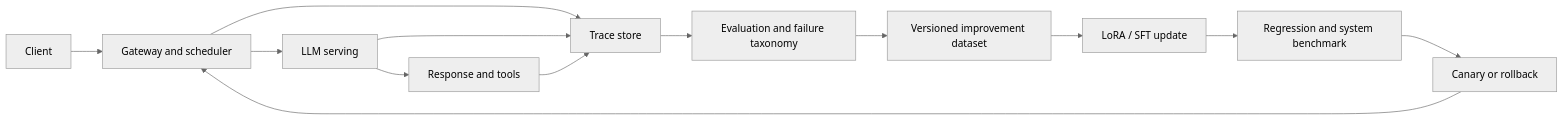
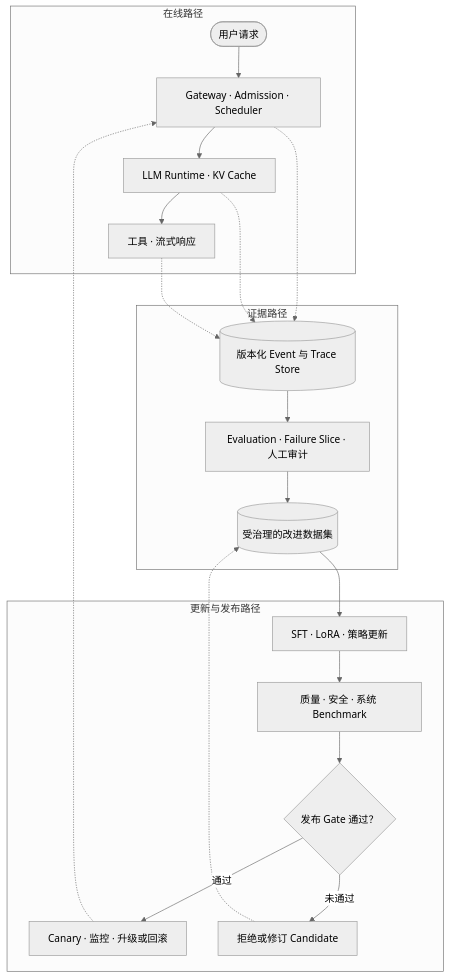
Before and after one commit to tianyi-zhang-02/cooking-agi: the diagram in ai-infra/modules/08-capstone.md, drawn with Mermaid (neutral theme). The commit also changed 18 other files, not shown here.

Commit message:
redesign the guide diagrams

````diff
--- a/ai-infra/modules/08-capstone.md
+++ b/ai-infra/modules/08-capstone.md
@@ -15,15 +15,29 @@
 ```mermaid
-flowchart LR
-    A[Client] --> B[Gateway and scheduler]
-    B --> C[LLM serving]
-    C --> D[Response and tools]
-    B --> E[Trace store]
-    C --> E
-    D --> E
-    E --> F[Evaluation and failure taxonomy]
-    F --> G[Versioned improvement dataset]
-    G --> H[LoRA / SFT update]
-    H --> I[Regression and system benchmark]
-    I --> J[Canary or rollback]
-    J --> B
+flowchart TB
+    subgraph O["在线路径"]
+        A(["用户请求"]) --> B["Gateway · Admission · Scheduler"]
+        B --> C["LLM Runtime · KV Cache"]
+        C --> D["工具 · 流式响应"]
+    end
+
+    subgraph V["证据路径"]
+        E[("版本化 Event 与 Trace Store")]
+        F["Evaluation · Failure Slice · 人工审计"]
+        G[("受治理的改进数据集")]
+        E --> F --> G
+    end
+
+    subgraph U["更新与发布路径"]
+        H["SFT · LoRA · 策略更新"] --> I["质量 · 安全 · 系统 Benchmark"]
+        I --> J{"发布 Gate 通过？"}
+        J -- "通过" --> K["Canary · 监控 · 升级或回滚"]
+        J -- "未通过" --> L["拒绝或修订 Candidate"]
+    end
+
+    B -.-> E
+    C -.-> E
+    D -.-> E
+    G --> H
+    K -.-> B
+    L -.-> G
 ```
````
